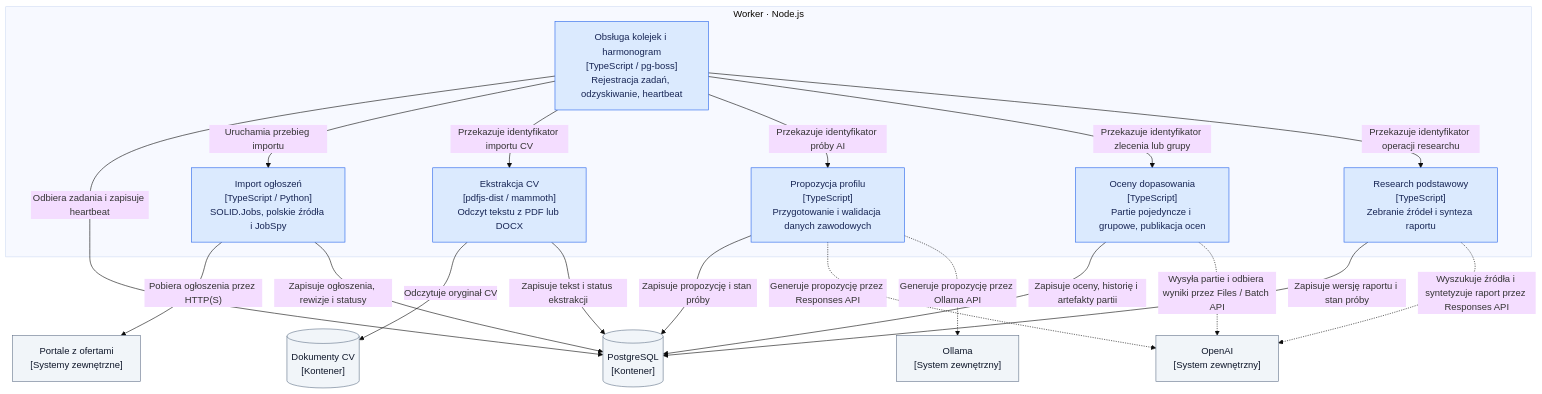
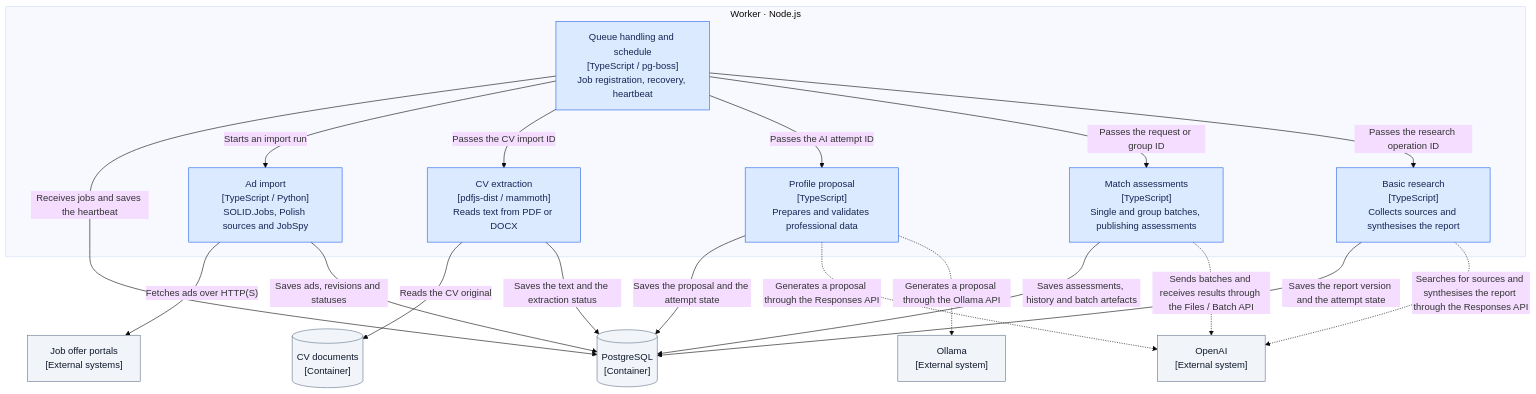
The fourth of 5 diagrams in docs/architecture/README.md (pioziol123/ofertorix-rekrutus), drawn with Mermaid (base theme) before and after one commit. The commit also changed other lines of this file and 126 other files, not shown here.

````diff
--- a/docs/architecture/README.md
+++ b/docs/architecture/README.md
@@ -127,40 +127,40 @@
 ```mermaid
 flowchart TB
-  DB[("PostgreSQL<br/>[Kontener]")]
-  Files[("Dokumenty CV<br/>[Kontener]")]
-  Boards["Portale z ofertami<br/>[Systemy zewnętrzne]"]
-  OpenAI["OpenAI<br/>[System zewnętrzny]"]
-  Ollama["Ollama<br/>[System zewnętrzny]"]
+  DB[("PostgreSQL<br/>[Container]")]
+  Files[("CV documents<br/>[Container]")]
+  Boards["Job offer portals<br/>[External systems]"]
+  OpenAI["OpenAI<br/>[External system]"]
+  Ollama["Ollama<br/>[External system]"]
 
   subgraph Worker["Worker · Node.js"]
-    Runtime["Obsługa kolejek i harmonogram<br/>[TypeScript / pg-boss]<br/>Rejestracja zadań, odzyskiwanie, heartbeat"]
-    Import["Import ogłoszeń<br/>[TypeScript / Python]<br/>SOLID.Jobs, polskie źródła i JobSpy"]
-    Parse["Ekstrakcja CV<br/>[pdfjs-dist / mammoth]<br/>Odczyt tekstu z PDF lub DOCX"]
-    Profile["Propozycja profilu<br/>[TypeScript]<br/>Przygotowanie i walidacja danych zawodowych"]
-    Matching["Oceny dopasowania<br/>[TypeScript]<br/>Partie pojedyncze i grupowe, publikacja ocen"]
-    Research["Research podstawowy<br/>[TypeScript]<br/>Zebranie źródeł i synteza raportu"]
+    Runtime["Queue handling and schedule<br/>[TypeScript / pg-boss]<br/>Job registration, recovery, heartbeat"]
+    Import["Ad import<br/>[TypeScript / Python]<br/>SOLID.Jobs, Polish sources and JobSpy"]
+    Parse["CV extraction<br/>[pdfjs-dist / mammoth]<br/>Reads text from PDF or DOCX"]
+    Profile["Profile proposal<br/>[TypeScript]<br/>Prepares and validates professional data"]
+    Matching["Match assessments<br/>[TypeScript]<br/>Single and group batches, publishing assessments"]
+    Research["Basic research<br/>[TypeScript]<br/>Collects sources and synthesises the report"]
   end
 
-  Runtime -->|"Odbiera zadania i zapisuje heartbeat"| DB
-  Runtime -->|"Uruchamia przebieg importu"| Import
-  Runtime -->|"Przekazuje identyfikator importu CV"| Parse
-  Runtime -->|"Przekazuje identyfikator próby AI"| Profile
-  Runtime -->|"Przekazuje identyfikator zlecenia lub grupy"| Matching
-  Runtime -->|"Przekazuje identyfikator operacji researchu"| Research
-  Import -->|"Pobiera ogłoszenia przez HTTP(S)"| Boards
-  Import -->|"Zapisuje ogłoszenia, rewizje i statusy"| DB
-  Parse -->|"Odczytuje oryginał CV"| Files
-  Parse -->|"Zapisuje tekst i status ekstrakcji"| DB
-  Profile -->|"Zapisuje propozycję i stan próby"| DB
-  Matching -->|"Zapisuje oceny, historię i artefakty partii"| DB
-  Research -->|"Zapisuje wersję raportu i stan próby"| DB
-  Profile -.->|"Generuje propozycję przez Responses API"| OpenAI
-  Profile -.->|"Generuje propozycję przez Ollama API"| Ollama
-  Matching -.->|"Wysyła partie i odbiera wyniki przez Files / Batch API"| OpenAI
-  Research -.->|"Wyszukuje źródła i syntetyzuje raport przez Responses API"| OpenAI
+  Runtime -->|"Receives jobs and saves the heartbeat"| DB
+  Runtime -->|"Starts an import run"| Import
+  Runtime -->|"Passes the CV import ID"| Parse
+  Runtime -->|"Passes the AI attempt ID"| Profile
+  Runtime -->|"Passes the request or group ID"| Matching
+  Runtime -->|"Passes the research operation ID"| Research
+  Import -->|"Fetches ads over HTTP(S)"| Boards
+  Import -->|"Saves ads, revisions and statuses"| DB
+  Parse -->|"Reads the CV original"| Files
+  Parse -->|"Saves the text and the extraction status"| DB
+  Profile -->|"Saves the proposal and the attempt state"| DB
+  Matching -->|"Saves assessments, history and batch artefacts"| DB
+  Research -->|"Saves the report version and the attempt state"| DB
+  Profile -.->|"Generates a proposal through the Responses API"| OpenAI
+  Profile -.->|"Generates a proposal through the Ollama API"| Ollama
+  Matching -.->|"Sends batches and receives results through the Files / Batch API"| OpenAI
+  Research -.->|"Searches for sources and synthesises the report through the Responses API"| OpenAI
 
   classDef internal fill:#dbeafe,stroke:#2563eb,color:#172554
   classDef external fill:#f1f5f9,stroke:#64748b,color:#0f172a
   class Runtime,Import,Parse,Profile,Matching,Research internal
   class DB,Files,Boards,OpenAI,Ollama external
 ```
````
